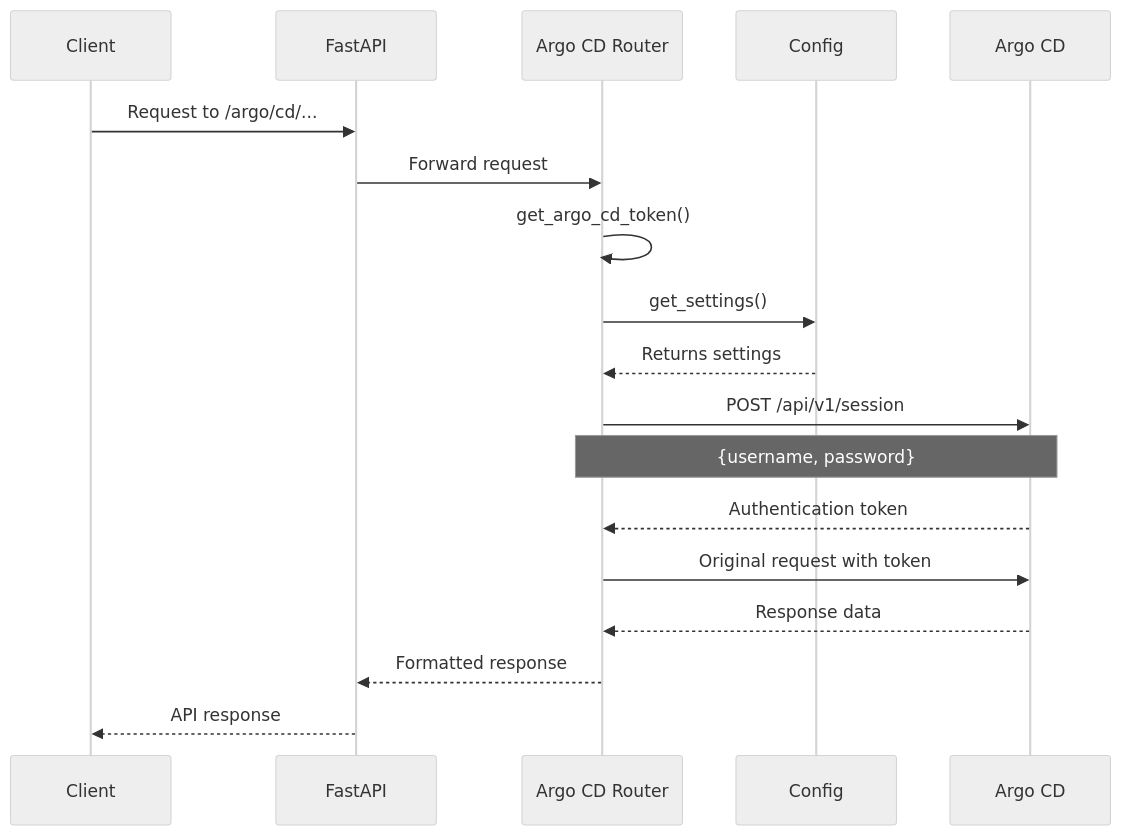
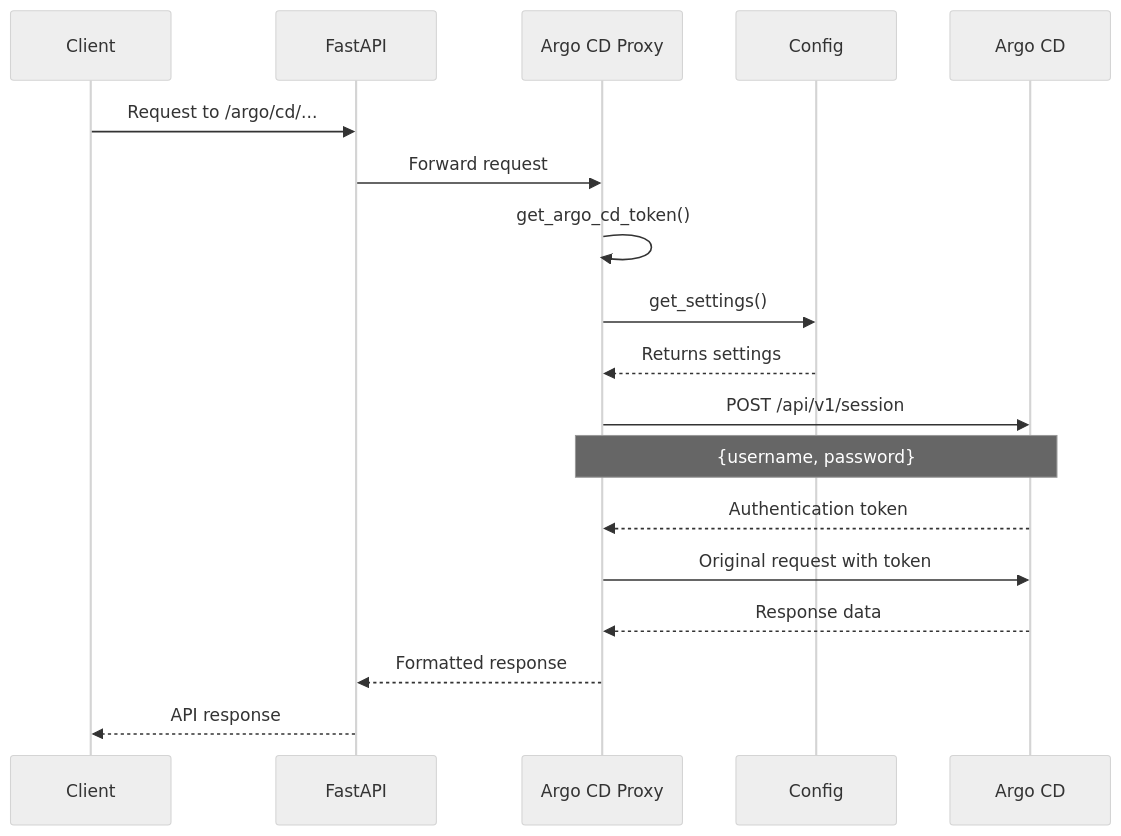
One commit to lloydchang/tvp-k8s changed the diagram in fastapi/mermaid/argo-cd-authentication-sequence.mermaid. Above: the diagram before and after it, drawn with Mermaid (neutral theme). The commit also changed 11 other files, not shown here.

```diff
--- a/fastapi/mermaid/argo-cd-authentication-sequence.mermaid
+++ b/fastapi/mermaid/argo-cd-authentication-sequence.mermaid
@@ -1,21 +1,21 @@
 sequenceDiagram
     participant Client
     participant FastAPI
-    participant Argo CD Router
+    participant Argo CD Proxy
     participant Config
     participant Argo CD
     
     Client->>FastAPI: Request to /argo/cd/...
-    FastAPI->>Argo CD Router: Forward request
-    Argo CD Router->>Argo CD Router: get_argo_cd_token()
-    Argo CD Router->>Config: get_settings()
-    Config-->>Argo CD Router: Returns settings
+    FastAPI->>Argo CD Proxy: Forward request
+    Argo CD Proxy->>Argo CD Proxy: get_argo_cd_token()
+    Argo CD Proxy->>Config: get_settings()
+    Config-->>Argo CD Proxy: Returns settings
     
-    Argo CD Router->>Argo CD: POST /api/v1/session
-    Note over Argo CD Router,Argo CD: {username, password}
-    Argo CD-->>Argo CD Router: Authentication token
+    Argo CD Proxy->>Argo CD: POST /api/v1/session
+    Note over Argo CD Proxy,Argo CD: {username, password}
+    Argo CD-->>Argo CD Proxy: Authentication token
     
-    Argo CD Router->>Argo CD: Original request with token
-    Argo CD-->>Argo CD Router: Response data
-    Argo CD Router-->>FastAPI: Formatted response
+    Argo CD Proxy->>Argo CD: Original request with token
+    Argo CD-->>Argo CD Proxy: Response data
+    Argo CD Proxy-->>FastAPI: Formatted response
     FastAPI-->>Client: API response
```
